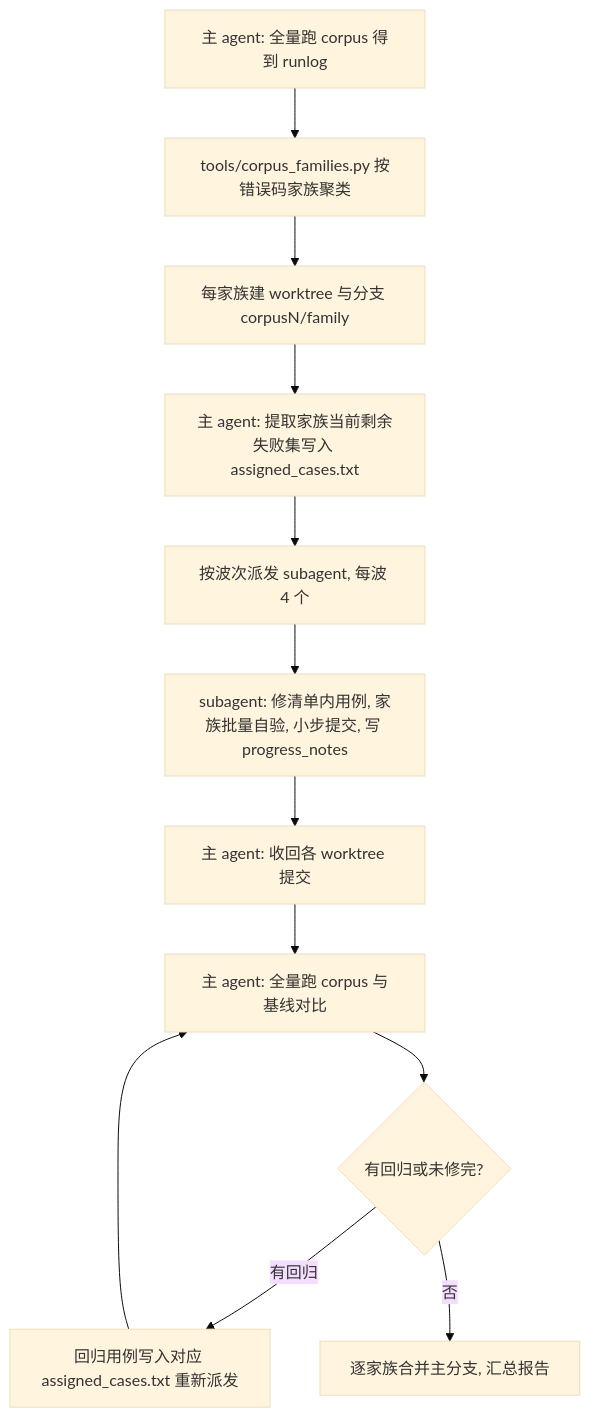
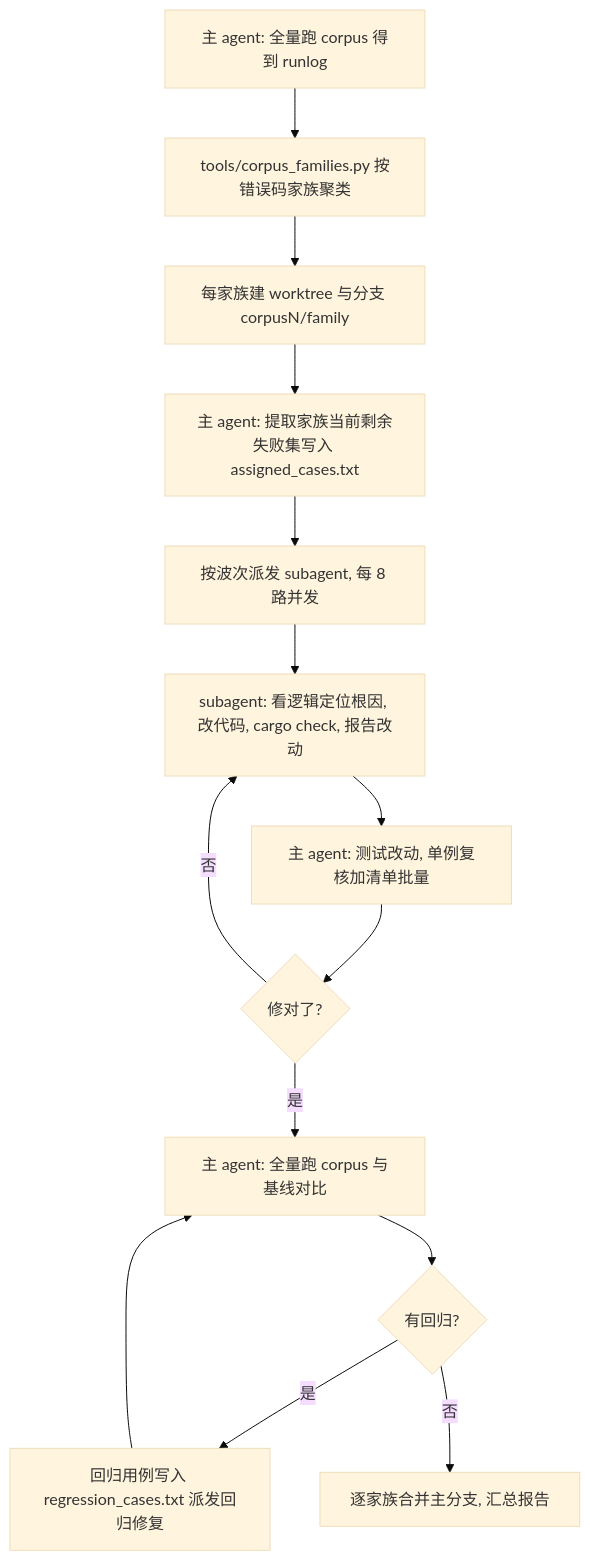
Before and after one commit to idealjs/typescript-rust: the diagram in docs/subagent-corpus-repair.md, drawn with Mermaid (base theme). The commit also changed other lines of this file and 3 other files, not shown here.

Commit message:
docs: subagent 分工收窄为只改码不验证 — 新增否决项三（自行验证正确性），批量自验是修复慢的另一半根因且票据终止即作废；正确性裁决收敛主 agent，单例复核加清单批量，不通过打回重修；并发提至 8 路

````diff
--- a/docs/subagent-corpus-repair.md
+++ b/docs/subagent-corpus-repair.md
@@ -9,14 +9,16 @@
 ```mermaid
 flowchart TD
     A[主 agent: 全量跑 corpus 得到 runlog] --> B[tools/corpus_families.py 按错误码家族聚类]
     B --> C[每家族建 worktree 与分支 corpusN/family]
     C --> D[主 agent: 提取家族当前剩余失败集写入 assigned_cases.txt]
-    D --> E[按波次派发 subagent, 每波 4 个]
-    E --> F[subagent: 修清单内用例, 家族批量自验, 小步提交, 写 progress_notes]
-    F --> G[主 agent: 收回各 worktree 提交]
-    G --> H[主 agent: 全量跑 corpus 与基线对比]
-    H --> I{有回归或未修完?}
-    I -- 有回归 --> J[回归用例写入对应 assigned_cases.txt 重新派发]
-    J --> H
-    I -- 否 --> K[逐家族合并主分支, 汇总报告]
+    D --> E[按波次派发 subagent, 每 8 路并发]
+    E --> F[subagent: 看逻辑定位根因, 改代码, cargo check, 报告改动]
+    F --> G[主 agent: 测试改动, 单例复核加清单批量]
+    G --> H{修对了?}
+    H -- 否 --> F
+    H -- 是 --> I[主 agent: 全量跑 corpus 与基线对比]
+    I --> J{有回归?}
+    J -- 是 --> K[回归用例写入 regression_cases.txt 派发回归修复]
+    K --> I
+    J -- 否 --> L[逐家族合并主分支, 汇总报告]
 ```
````
